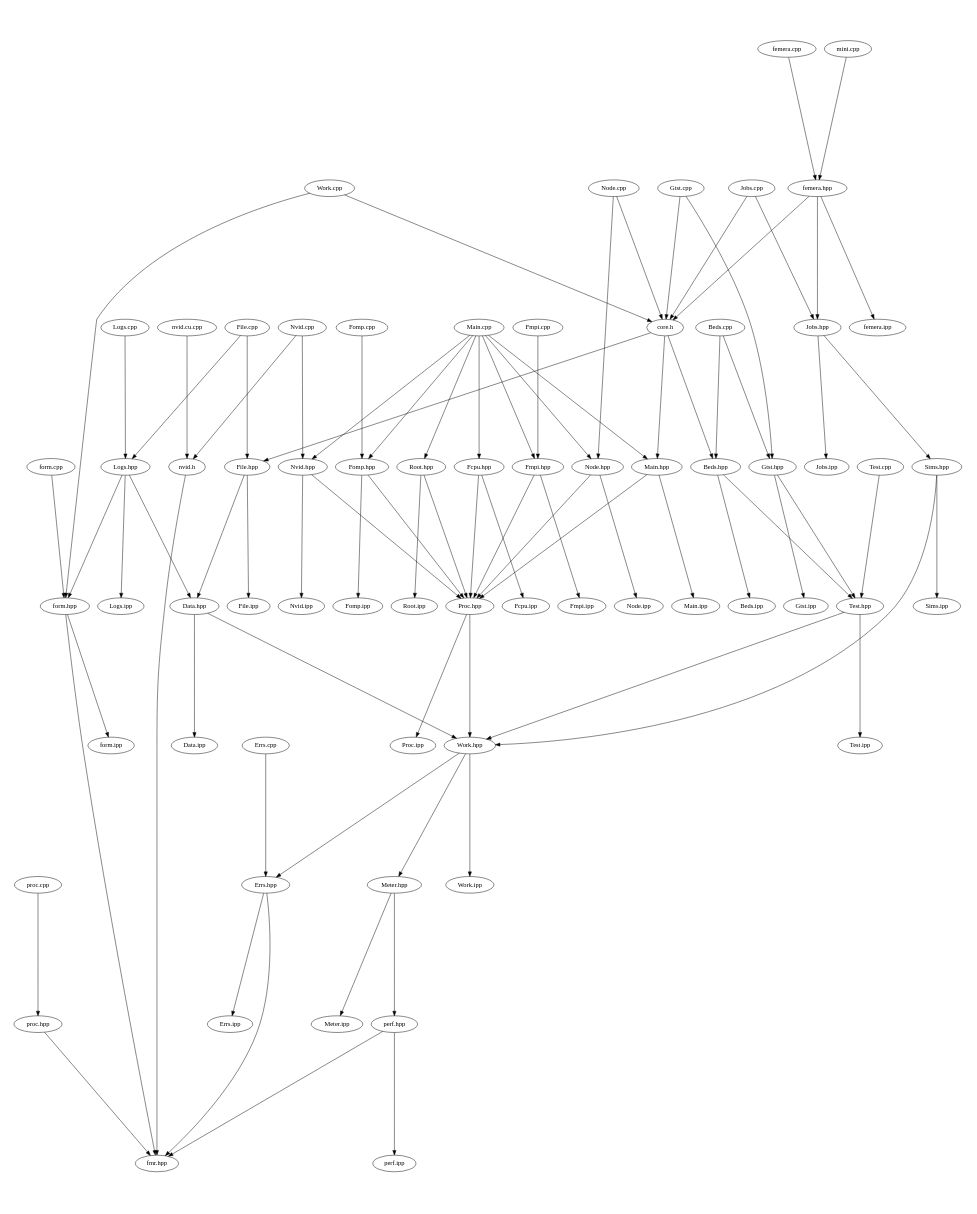
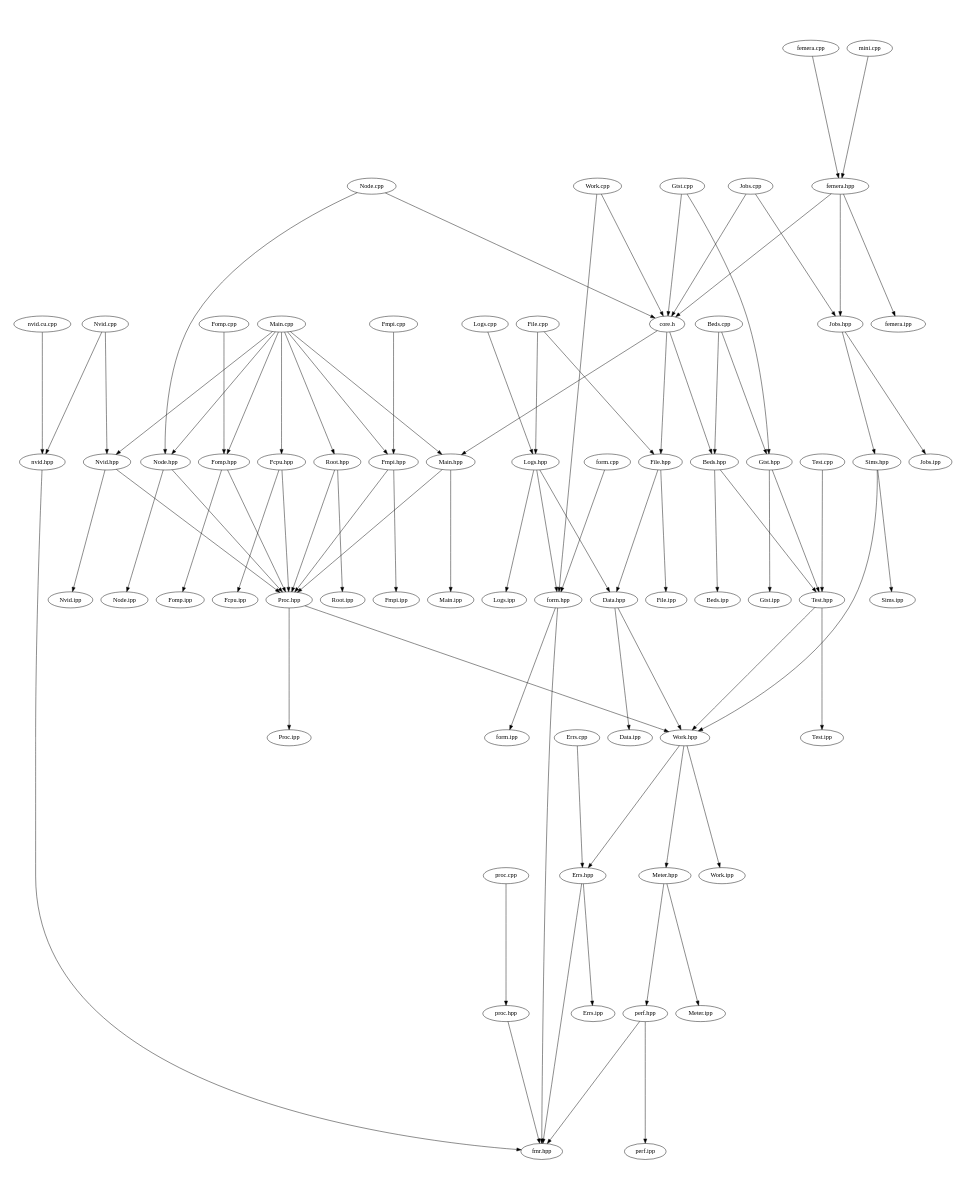
One commit to waggyz/femera-mini-app changed the diagram in src/docs/src-notest.dot. Above: the diagram before and after it, drawn with Graphviz. The commit also changed 12 other files, not shown here.

```diff
--- a/src/docs/src-notest.dot
+++ b/src/docs/src-notest.dot
@@ -1,91 +1,91 @@
 digraph "source tree" {
     overlap=scale;
     size="8,10";
     ratio="fill";
     fontsize="16";
     fontname="Helvetica";
 	clusterrank="local";
 	"Gtst.cpp" -> "core.h"
 	"femera.hpp" -> "Jobs.hpp"
 	"Meter.hpp" -> "perf.hpp"
 	"Main.cpp" -> "Fomp.hpp"
 	"Sims.hpp" -> "Work.hpp"
 	"Errs.cpp" -> "Errs.hpp"
 	"femera.cpp" -> "femera.hpp"
 	"Work.hpp" -> "Errs.hpp"
 	"Fmpi.hpp" -> "Fmpi.ipp"
 	"Sims.hpp" -> "Sims.ipp"
 	"Jobs.hpp" -> "Jobs.ipp"
 	"Nvid.hpp" -> "Nvid.ipp"
 	"Fomp.cpp" -> "Fomp.hpp"
 	"Logs.cpp" -> "Logs.hpp"
+	"nvid.cu.cpp" -> "nvid.hpp"
 	"proc.hpp" -> "fmr.hpp"
 	"Nvid.hpp" -> "Proc.hpp"
 	"Root.hpp" -> "Proc.hpp"
 	"Main.cpp" -> "Node.hpp"
 	"Main.cpp" -> "Main.hpp"
 	"Proc.hpp" -> "Proc.ipp"
 	"Beds.cpp" -> "Gtst.hpp"
 	"Node.cpp" -> "Node.hpp"
 	"Main.cpp" -> "Fmpi.hpp"
 	"core.h" -> "Main.hpp"
 	"Main.cpp" -> "Fcpu.hpp"
 	"Work.cpp" -> "core.h"
+	"nvid.hpp" -> "fmr.hpp"
 	"perf.hpp" -> "fmr.hpp"
 	"Data.hpp" -> "Data.ipp"
 	"Work.hpp" -> "Work.ipp"
 	"Fmpi.hpp" -> "Proc.hpp"
 	"Test.hpp" -> "Work.hpp"
+	"Nvid.cpp" -> "nvid.hpp"
 	"Node.hpp" -> "Node.ipp"
 	"form.hpp" -> "form.ipp"
 	"Gtst.cpp" -> "Gtst.hpp"
 	"femera.hpp" -> "femera.ipp"
 	"Fcpu.hpp" -> "Proc.hpp"
 	"Fomp.hpp" -> "Proc.hpp"
 	"File.hpp" -> "File.ipp"
 	"Main.cpp" -> "Nvid.hpp"
 	"Meter.hpp" -> "Meter.ipp"
 	"core.h" -> "File.hpp"
 	"Fomp.hpp" -> "Fomp.ipp"
 	"Logs.hpp" -> "Data.hpp"
 	"Gtst.hpp" -> "Gtst.ipp"
 	"form.cpp" -> "form.hpp"
 	"File.cpp" -> "File.hpp"
 	"perf.hpp" -> "perf.ipp"
 	"proc.cpp" -> "proc.hpp"
 	"Node.cpp" -> "core.h"
 	"Fmpi.cpp" -> "Fmpi.hpp"
 	"File.cpp" -> "Logs.hpp"
 	"core.h" -> "Beds.hpp"
 	"Errs.hpp" -> "fmr.hpp"
 	"Fcpu.hpp" -> "Fcpu.ipp"
 	"Root.hpp" -> "Root.ipp"
 	"Errs.hpp" -> "Errs.ipp"
 	"Main.hpp" -> "Main.ipp"
 	"Test.cpp" -> "Test.hpp"
 	"Beds.cpp" -> "Beds.hpp"
 	"Node.hpp" -> "Proc.hpp"
 	"Main.cpp" -> "Root.hpp"
 	"Jobs.hpp" -> "Sims.hpp"
 	"Jobs.cpp" -> "Jobs.hpp"
 	"Logs.hpp" -> "Logs.ipp"
 	"File.hpp" -> "Data.hpp"
 	"mini.cpp" -> "femera.hpp"
 	"Work.cpp" -> "form.hpp"
-	"nvid.h" -> "fmr.hpp"
-	"Nvid.cpp" -> "nvid.h"
 	"Beds.hpp" -> "Test.hpp"
 	"Proc.hpp" -> "Work.hpp"
 	"form.hpp" -> "fmr.hpp"
 	"Gtst.hpp" -> "Test.hpp"
 	"Data.hpp" -> "Work.hpp"
 	"Nvid.cpp" -> "Nvid.hpp"
 	"Beds.hpp" -> "Beds.ipp"
 	"femera.hpp" -> "core.h"
 	"Jobs.cpp" -> "core.h"
 	"Work.hpp" -> "Meter.hpp"
 	"Logs.hpp" -> "form.hpp"
-	"nvid.cu.cpp" -> "nvid.h"
 	"Main.hpp" -> "Proc.hpp"
 	"Test.hpp" -> "Test.ipp"
 }
```
